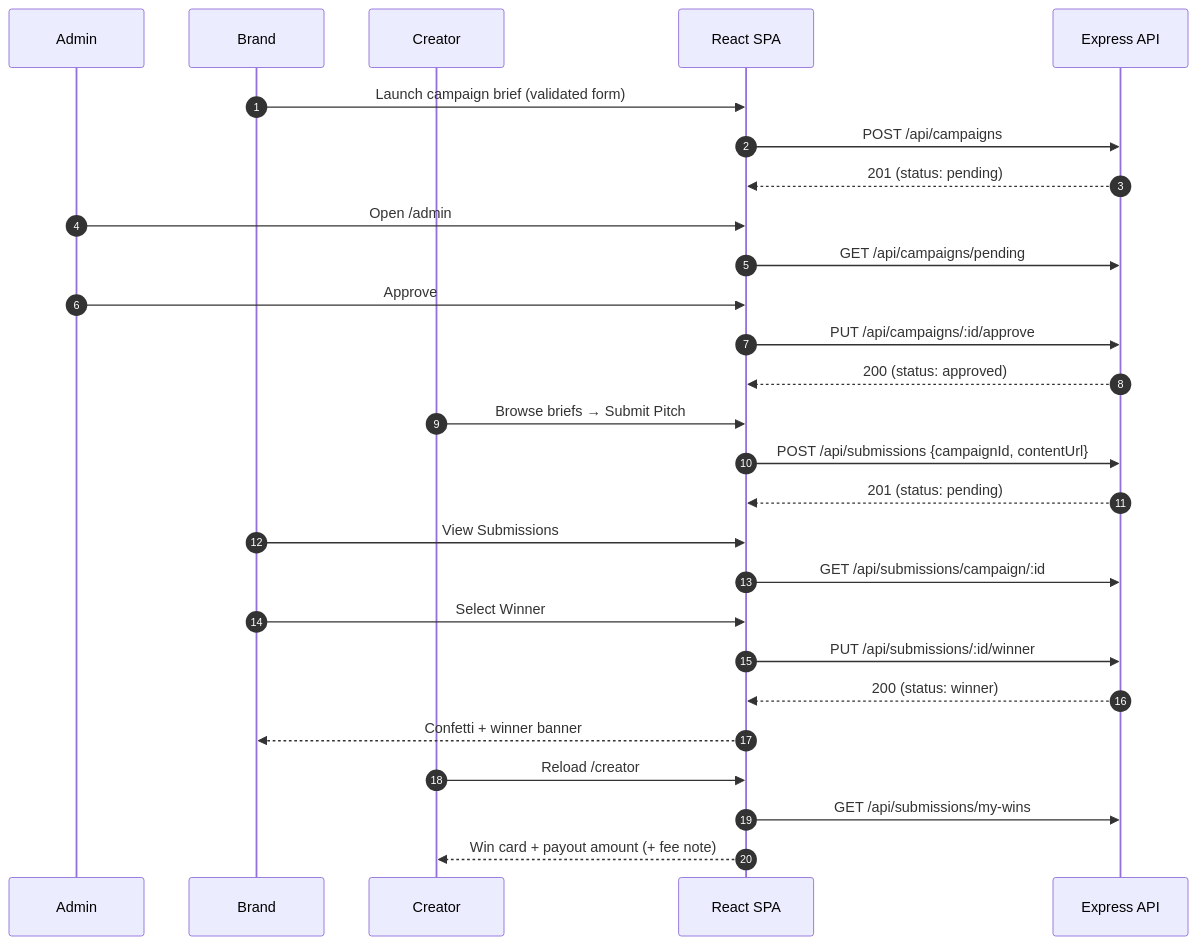
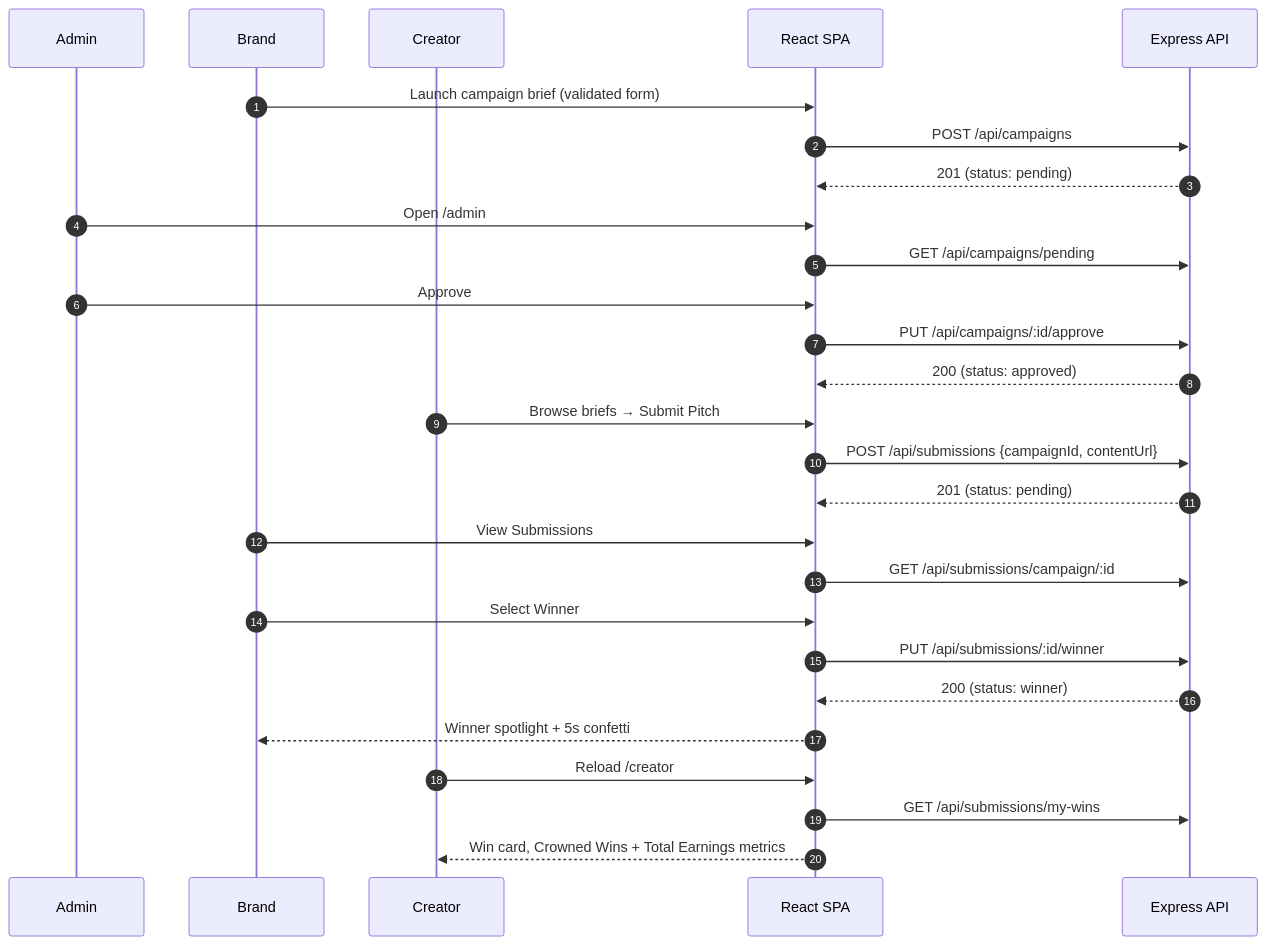
The ninth of 11 diagrams in README.md (RohitChintalapudi/BrandForge_Frontend), drawn with Mermaid before and after one commit. The commit also changed other lines of this file, not shown here.

````diff
--- a/README.md
+++ b/README.md
@@ -549,34 +553,34 @@
 ```mermaid
 sequenceDiagram
     autonumber
     participant Ad as Admin
     participant Br as Brand
     participant Cr as Creator
     participant SPA as React SPA
     participant API as Express API
 
     Br->>SPA: Launch campaign brief (validated form)
     SPA->>API: POST /api/campaigns
     API-->>SPA: 201 (status: pending)
 
     Ad->>SPA: Open /admin
     SPA->>API: GET /api/campaigns/pending
     Ad->>SPA: Approve
     SPA->>API: PUT /api/campaigns/:id/approve
     API-->>SPA: 200 (status: approved)
 
     Cr->>SPA: Browse briefs → Submit Pitch
     SPA->>API: POST /api/submissions {campaignId, contentUrl}
     API-->>SPA: 201 (status: pending)
 
     Br->>SPA: View Submissions
     SPA->>API: GET /api/submissions/campaign/:id
     Br->>SPA: Select Winner
     SPA->>API: PUT /api/submissions/:id/winner
     API-->>SPA: 200 (status: winner)
-    SPA-->>Br: Confetti + winner banner
+    SPA-->>Br: Winner spotlight + 5s confetti
 
     Cr->>SPA: Reload /creator
     SPA->>API: GET /api/submissions/my-wins
-    SPA-->>Cr: Win card + payout amount (+ fee note)
+    SPA-->>Cr: Win card, Crowned Wins + Total Earnings metrics
 ```
````
